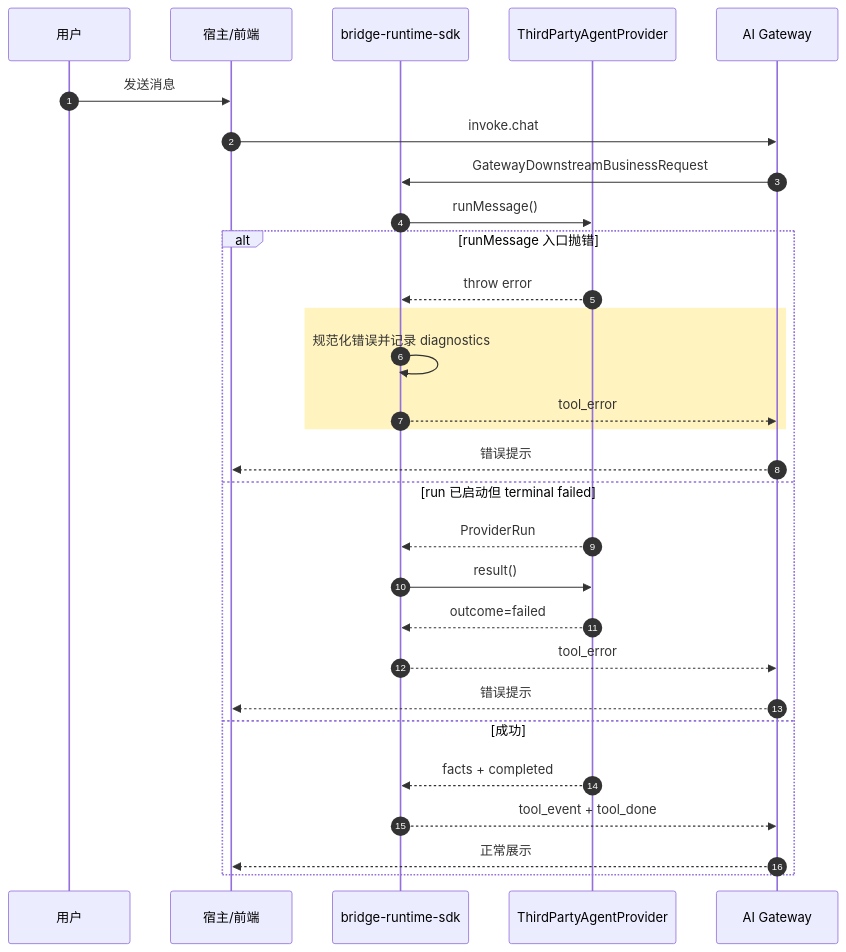
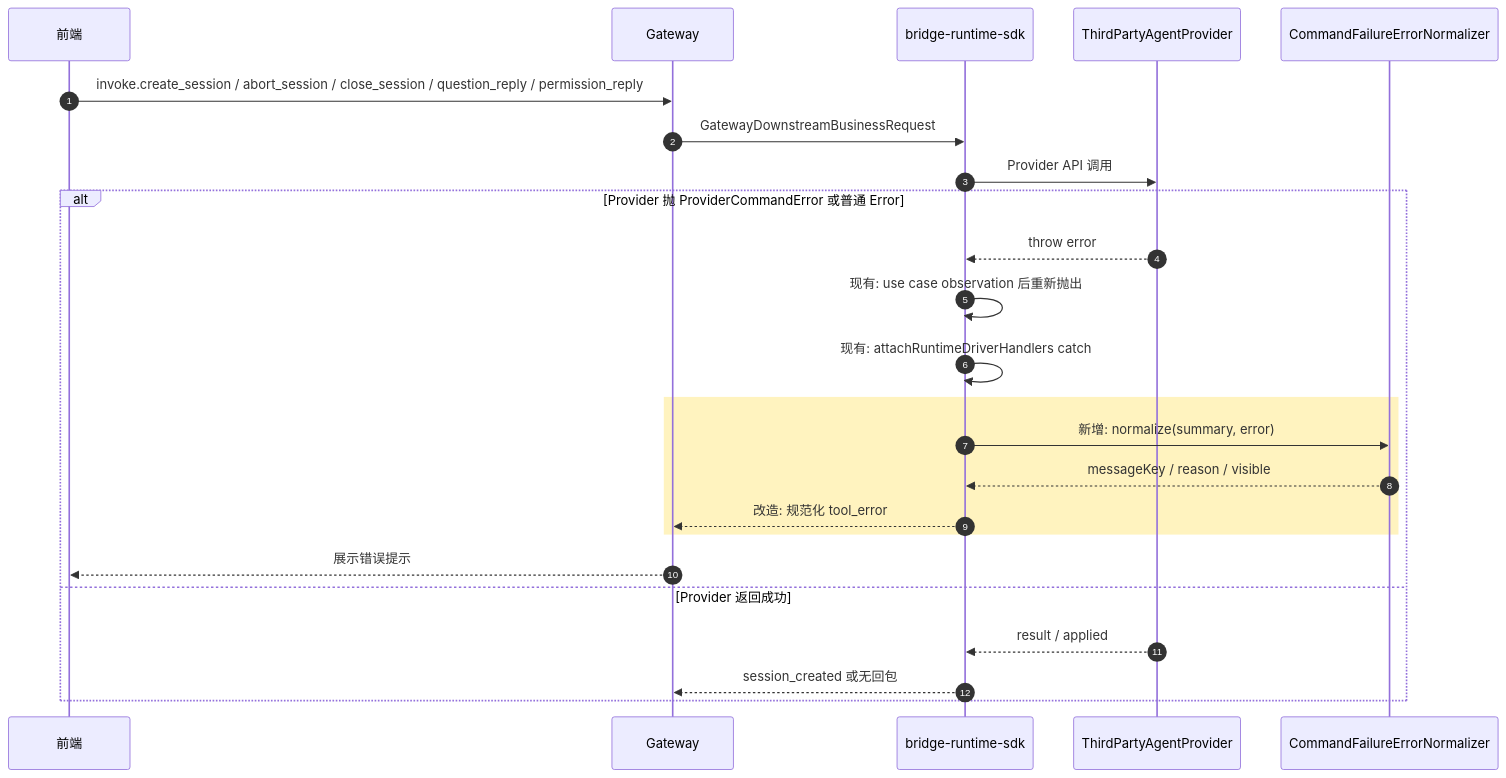
Before and after one commit to yuzhangCZ/agent-plugin: the second of 5 diagrams in docs/design/bridge-runtime-sdk-tool-error-exception-solution.md, drawn with Mermaid. The commit also changed other lines of this file, not shown here.

Commit message:
docs: refine provider api error handling plan

````diff
--- a/docs/design/bridge-runtime-sdk-tool-error-exception-solution.md
+++ b/docs/design/bridge-runtime-sdk-tool-error-exception-solution.md
@@ -73,32 +91,27 @@
 ```mermaid
 sequenceDiagram
     autonumber
-    participant User as 用户
-    participant Host as 宿主/前端
+    participant FE as 前端
+    participant GW as Gateway
     participant SDK as bridge-runtime-sdk
-    participant Provider as ThirdPartyAgentProvider
-    participant Gateway as AI Gateway
+    participant P as ThirdPartyAgentProvider
+    participant N as CommandFailureErrorNormalizer
 
-    User->>Host: 发送消息
-    Host->>Gateway: invoke.chat
-    Gateway->>SDK: GatewayDownstreamBusinessRequest
-    SDK->>Provider: runMessage()
-    alt runMessage 入口抛错
-        Provider-->>SDK: throw error
+    FE->>GW: invoke.create_session / abort_session / close_session / question_reply / permission_reply
+    GW->>SDK: GatewayDownstreamBusinessRequest
+    SDK->>P: Provider API 调用
+    alt Provider 抛 ProviderCommandError 或普通 Error
+        P-->>SDK: throw error
+        SDK->>SDK: 现有: use case observation 后重新抛出
+        SDK->>SDK: 现有: attachRuntimeDriverHandlers catch
         rect rgb(255, 243, 191)
-        SDK->>SDK: 规范化错误并记录 diagnostics
-        SDK-->>Gateway: tool_error
+        SDK->>N: 新增: normalize(summary, error)
+        N-->>SDK: messageKey / reason / visible
+        SDK-->>GW: 改造: 规范化 tool_error
         end
-        Gateway-->>Host: 错误提示
-    else run 已启动但 terminal failed
-        Provider-->>SDK: ProviderRun
-        SDK->>Provider: result()
-        Provider-->>SDK: outcome=failed
-        SDK-->>Gateway: tool_error
-        Gateway-->>Host: 错误提示
-    else 成功
-        Provider-->>SDK: facts + completed
-        SDK-->>Gateway: tool_event + tool_done
-        Gateway-->>Host: 正常展示
+        GW-->>FE: 展示错误提示
+    else Provider 返回成功
+        P-->>SDK: result / applied
+        SDK-->>GW: session_created 或无回包
     end
 ```
````
